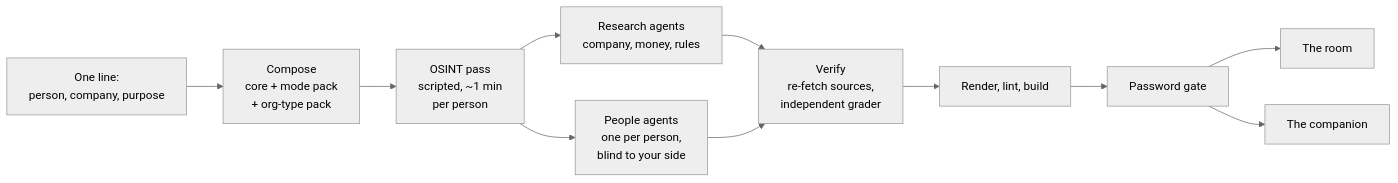
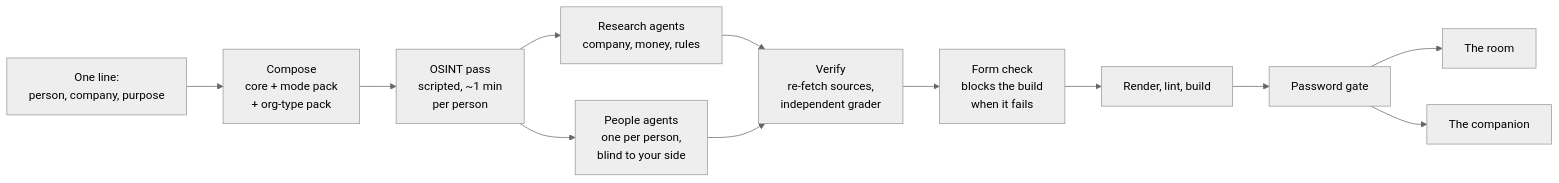
One commit to anader298/diligence-rooms changed the diagram in README.md. Above: the diagram before and after it, drawn with Mermaid (neutral theme). The commit also changed other lines of this file and 4 other files, not shown here.

First line of the commit message:
Map of the code on GitHub Pages; README matches the form engine; studio Build as draft

````diff
--- a/README.md
+++ b/README.md
@@ -63,13 +63,14 @@
 ```mermaid
 flowchart LR
     I[One line:<br/>person, company, purpose] --> C[Compose<br/>core + mode pack<br/>+ org-type pack]
     C --> O[OSINT pass<br/>scripted, ~1 min<br/>per person]
     O --> R[Research agents<br/>company, money, rules]
     O --> P[People agents<br/>one per person,<br/>blind to your side]
     R --> V[Verify<br/>re-fetch sources,<br/>independent grader]
     P --> V
-    V --> B[Render, lint, build]
+    V --> F[Form check<br/>blocks the build<br/>when it fails]
+    F --> B[Render, lint, build]
     B --> G[Password gate]
     G --> RM[The room]
     G --> CP[The companion]
 ```
````
